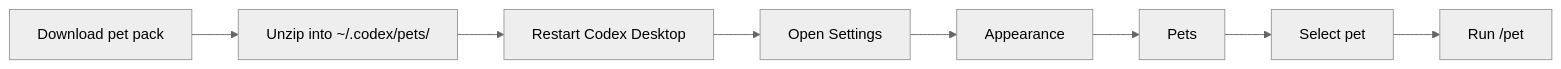
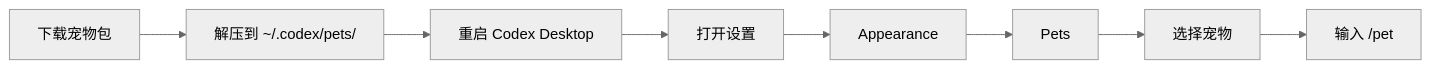
Before and after one commit to mileson/codex-pets: the diagram in README.md, drawn with Mermaid (neutral theme). The commit also changed other lines of this file and 1 other file, not shown here.

````diff
--- a/README.md
+++ b/README.md
@@ -106,10 +106,10 @@
 ```mermaid
 flowchart LR
-  A["Download pet pack"] --> B["Unzip into ~/.codex/pets/<pet-id>"]
-  B --> C["Restart Codex Desktop"]
-  C --> D["Open Settings"]
+  A["下载宠物包"] --> B["解压到 ~/.codex/pets/<pet-id>"]
+  B --> C["重启 Codex Desktop"]
+  C --> D["打开设置"]
   D --> E["Appearance"]
   E --> F["Pets"]
-  F --> G["Select pet"]
-  G --> H["Run /pet"]
+  F --> G["选择宠物"]
+  G --> H["输入 /pet"]
 ```
````
